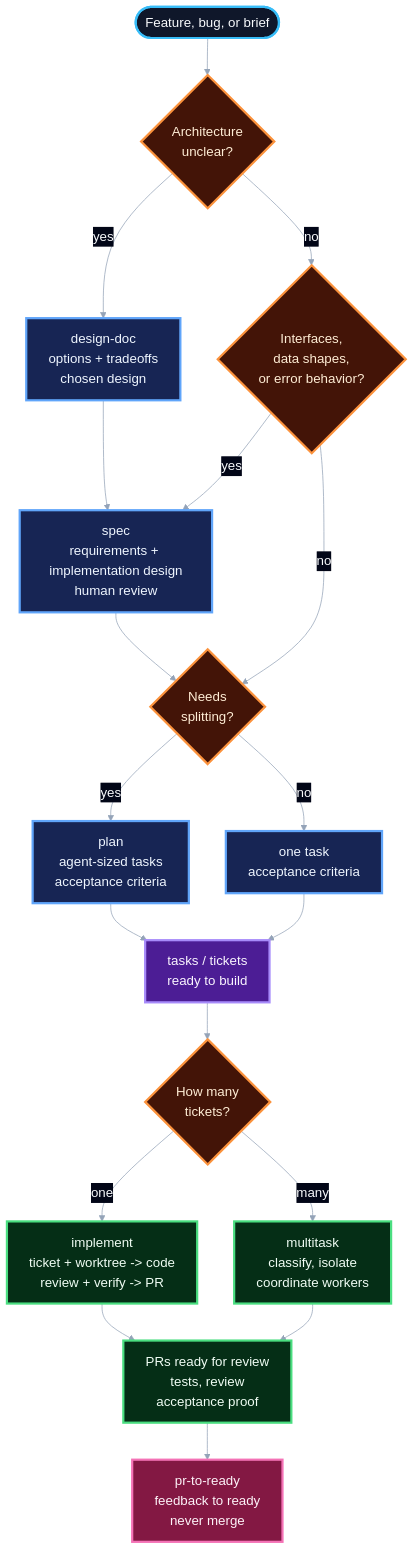
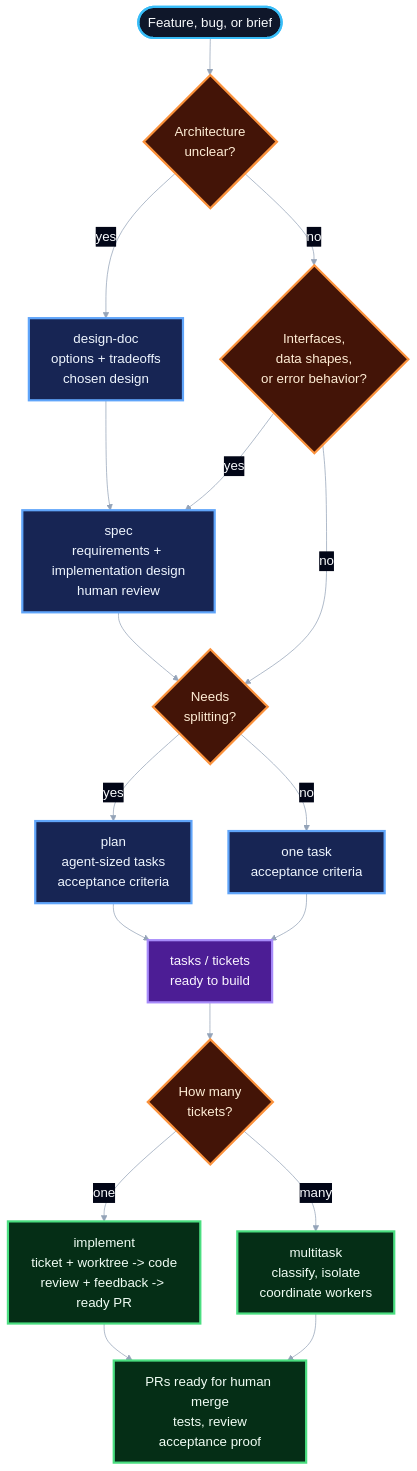
The first of 2 diagrams in README.md (owainlewis/blueprint), drawn with Mermaid before and after one commit. The commit also changed other lines of this file and 6 other files, not shown here.

Commit message:
feat(skills): fold PR feedback into implement (#33)

````diff
--- a/README.md
+++ b/README.md
@@ -20,47 +20,43 @@
 ```mermaid
 %%{init: {"theme": "base", "themeVariables": {"fontFamily": "Inter, ui-sans-serif, system-ui", "fontSize": "18px", "primaryTextColor": "#f8fafc", "tertiaryTextColor": "#f8fafc", "lineColor": "#94a3b8", "edgeLabelBackground": "#020617"}}}%%
 flowchart TD
     Request([Feature, bug, or brief])
 
     Ambiguous{Architecture<br/>unclear?}
     Design["design-doc<br/>options + tradeoffs<br/>chosen design"]
     SpecGate{Interfaces,<br/>data shapes,<br/>or error behavior?}
     Spec["spec<br/>requirements + implementation design<br/>human review"]
     Split{Needs<br/>splitting?}
     Plan["plan<br/>agent-sized tasks<br/>acceptance criteria"]
     Direct["one task<br/>acceptance criteria"]
     Handoff["tasks / tickets<br/>ready to build"]
 
     Count{How many<br/>tickets?}
-    Single["implement<br/>ticket + worktree -> code<br/>review + verify -> PR"]
+    Single["implement<br/>ticket + worktree -> code<br/>review + feedback -> ready PR"]
     Multi["multitask<br/>classify, isolate<br/>coordinate workers"]
-    PRs["PRs ready for review<br/>tests, review<br/>acceptance proof"]
-    Ready["pr-to-ready<br/>feedback to ready<br/>never merge"]
+    PRs["PRs ready for human merge<br/>tests, review<br/>acceptance proof"]
 
     Request --> Ambiguous
     Ambiguous -->|yes| Design --> Spec
     Ambiguous -->|no| SpecGate
     SpecGate -->|yes| Spec
     SpecGate -->|no| Split
     Spec --> Split
     Split -->|yes| Plan --> Handoff
     Split -->|no| Direct --> Handoff
     Handoff --> Count
     Count -->|one| Single --> PRs
     Count -->|many| Multi --> PRs
-    PRs --> Ready
 
     classDef start fill:#0f172a,stroke:#38bdf8,stroke-width:3px,color:#f8fafc,font-size:18px;
     classDef decision fill:#431407,stroke:#fb923c,stroke-width:3px,color:#ffedd5,font-size:18px;
     classDef decide fill:#172554,stroke:#60a5fa,stroke-width:3px,color:#eff6ff,font-size:18px;
     classDef handoff fill:#4c1d95,stroke:#a78bfa,stroke-width:3px,color:#faf5ff,font-size:18px;
     classDef deliver fill:#052e16,stroke:#4ade80,stroke-width:3px,color:#f0fdf4,font-size:18px;
-    classDef feedback fill:#831843,stroke:#f472b6,stroke-width:3px,color:#fdf2f8,font-size:18px;
 
     class Request start;
     class Ambiguous,SpecGate,Split,Count decision;
     class Design,Spec,Plan,Direct decide;
     class Handoff handoff;
     class Single,Multi,PRs deliver;
-    class Ready feedback;
 ```
````
